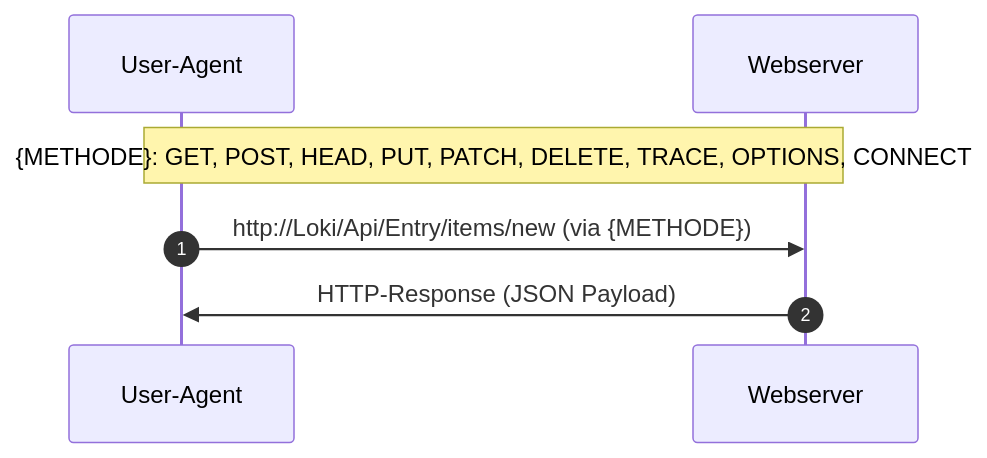
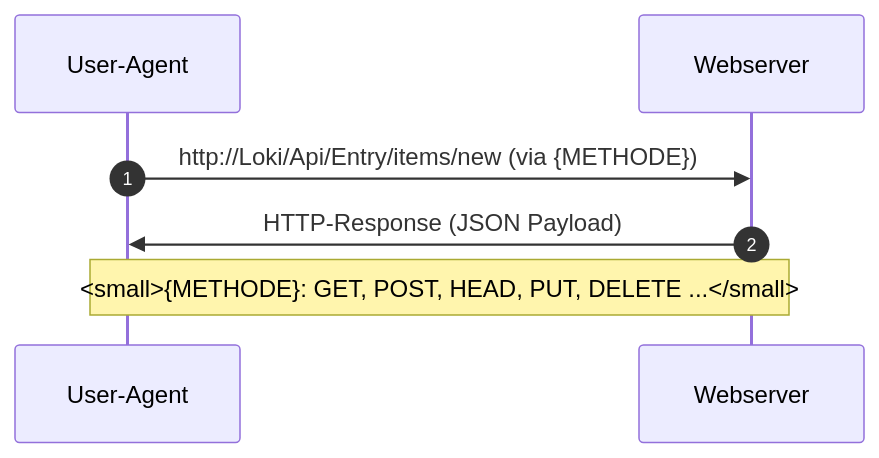
Before and after one commit to nevsglueckauf/WhatsTheStory: the diagram in net/higher_proto/http.md, drawn with Mermaid. The commit also changed 1 other file, not shown here.

Commit message:
Adding docu

````diff
--- a/net/higher_proto/http.md
+++ b/net/higher_proto/http.md
@@ -15,8 +15,8 @@
 ```mermaid
 sequenceDiagram
 autonumber
-    Note over User-Agent, Webserver:  {METHODE}: GET, POST, HEAD, PUT, PATCH, DELETE, TRACE, OPTIONS, CONNECT
+    
     User-Agent->>Webserver: http://Loki/Api/Entry/items/new (via {METHODE})
     Webserver->>User-Agent: HTTP-Response (JSON Payload)
-
+    Note over User-Agent, Webserver:  <small>{METHODE}: GET, POST, HEAD, PUT, DELETE ...</small>
 ```
````
